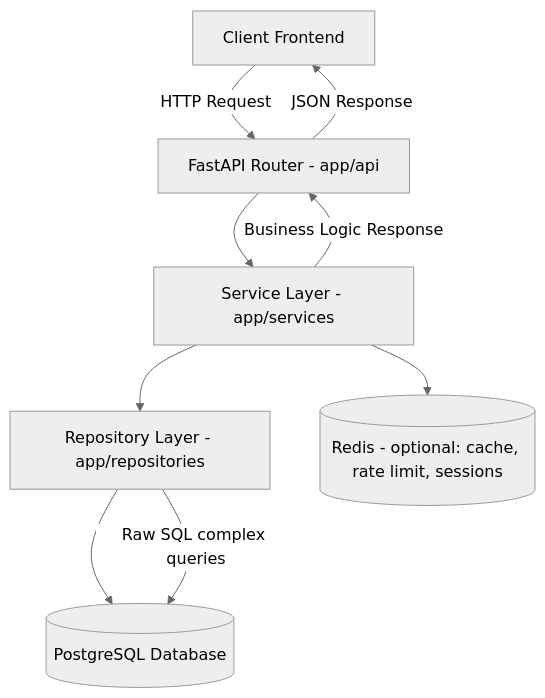
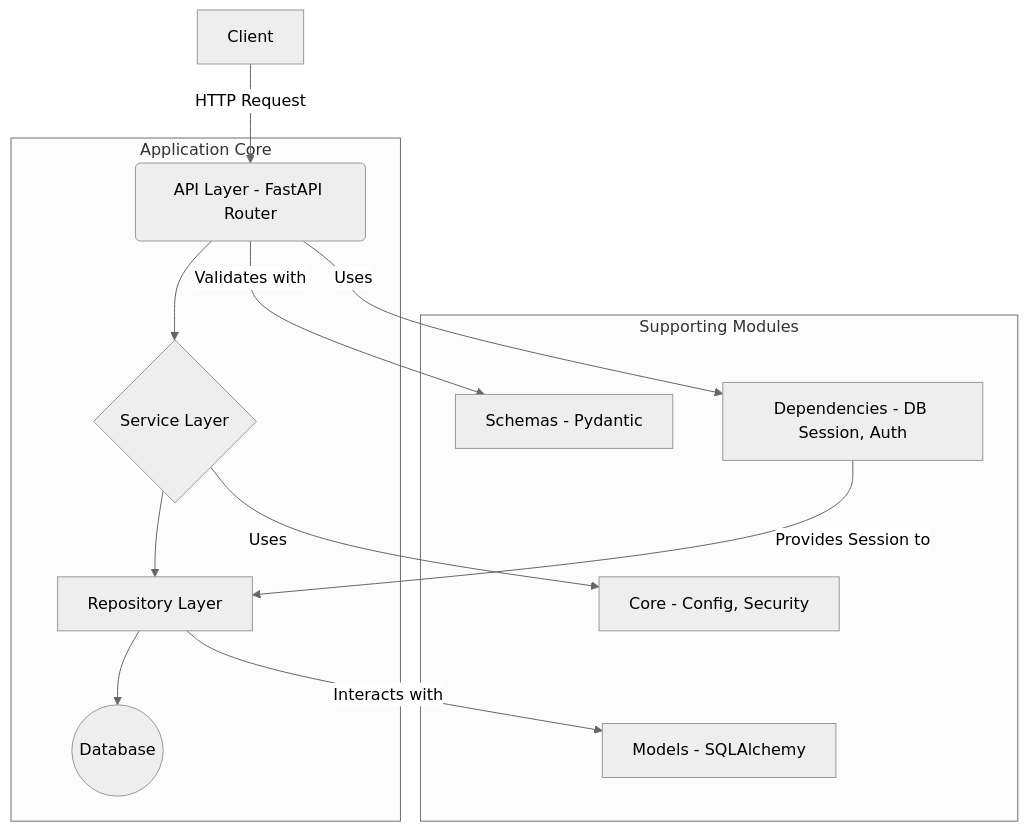
Before and after one commit to GratiaManullang03/aura: the diagram in README.md, drawn with Mermaid (neutral theme).

Commit message:
fix: README 6

````diff
--- a/README.md
+++ b/README.md
@@ -154,11 +154,23 @@
 ```mermaid
 graph TD
-    C[Client Frontend] -->|HTTP Request| A[FastAPI Router - app/api]
-    A --> B[Service Layer - app/services]
-    B --> R[Repository Layer - app/repositories]
-    R --> D[(PostgreSQL Database)]
-    B --> X[(Redis - optional: cache, rate limit, sessions)]
-    R -->|Raw SQL complex queries| D
-    B -->|Business Logic Response| A
-    A -->|JSON Response| C
+    A[Client] -->|HTTP Request| B(API Layer - FastAPI Router);
+
+    subgraph "Application Core"
+        B --> C{Service Layer};
+        C --> D[Repository Layer];
+        D --> E((Database));
+    end
+
+    subgraph "Supporting Modules"
+        F[Schemas - Pydantic]
+        G[Models - SQLAlchemy]
+        H[Core - Config, Security]
+        I[Dependencies - DB Session, Auth]
+    end
+
+    B -- Validates with --> F;
+    B -- Uses --> I;
+    C -- Uses --> H;
+    D -- Interacts with --> G;
+    I -- Provides Session to --> D;
 ```
````
